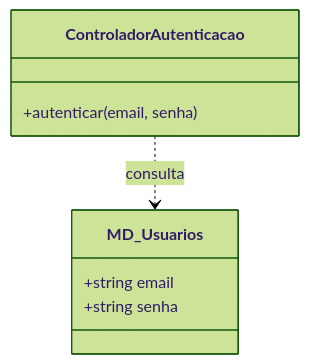
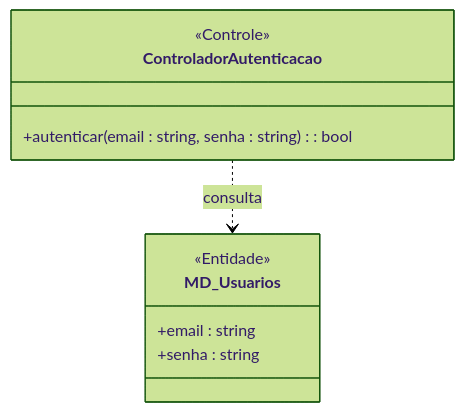
One commit to MayconDIS/PIM_III-Documentacao_UML changed the first of 2 diagrams in PIM_III/02_Modelagem_UML_Astah/UC01_Realizar_Login/README.md. Above: the diagram before and after it, drawn with Mermaid (forest theme). The commit also changed other lines of this file and 17 other files, not shown here.

````diff
--- a/PIM_III/02_Modelagem_UML_Astah/UC01_Realizar_Login/README.md
+++ b/PIM_III/02_Modelagem_UML_Astah/UC01_Realizar_Login/README.md
@@ -34,11 +32,13 @@
 ```mermaid
 classDiagram
     class MD_Usuarios {
-        +string email
-        +string senha
+        <<Entidade>>
+        +email : string
+        +senha : string
     }
     class ControladorAutenticacao {
-        +autenticar(email, senha)
+        <<Controle>>
+        +autenticar(email : string, senha : string) : bool
     }
     ControladorAutenticacao ..> MD_Usuarios : consulta
 ```
````
